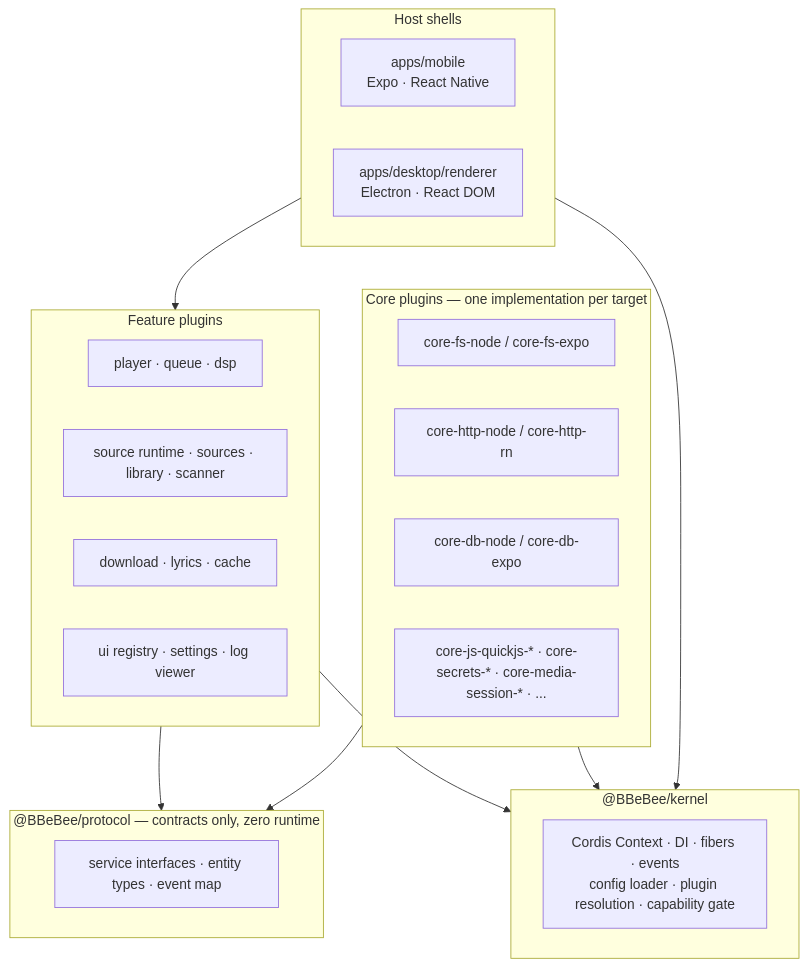
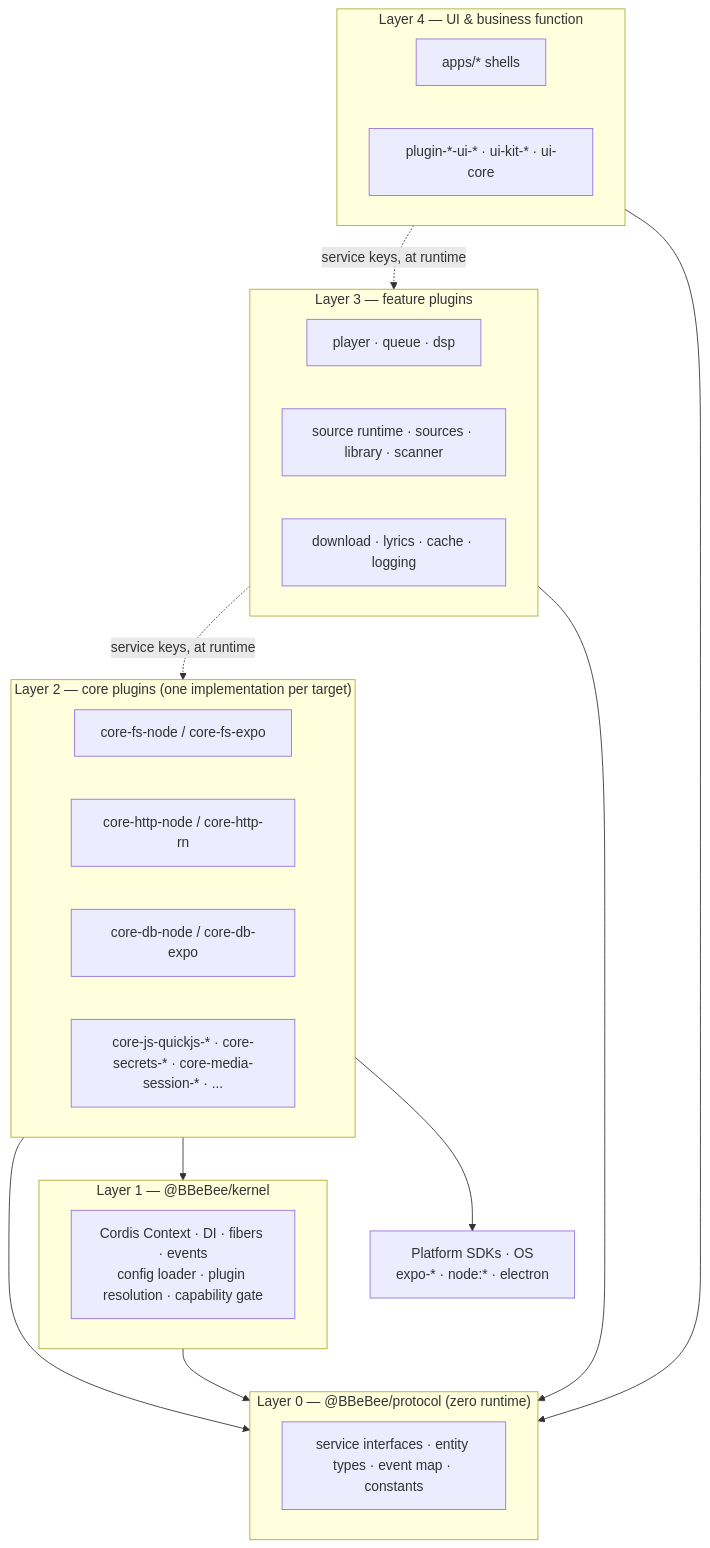
One commit to BBeBeeX/B_Be_Bee_X changed the first of 4 diagrams in docs/02-architecture.md. Above: the diagram before and after it, drawn with Mermaid. The commit also changed other lines of this file and 7 other files, not shown here.

First line of the commit message:
Refactor architecture documentation to clarify layer model and dependencies

````diff
--- a/docs/02-architecture.md
+++ b/docs/02-architecture.md
@@ -14,36 +97,34 @@
 ```mermaid
 flowchart TD
-    subgraph L5["Host shells"]
-        M["apps/mobile<br/>Expo · React Native"]
-        D["apps/desktop/renderer<br/>Electron · React DOM"]
+    subgraph L4["Layer 4 — UI & business function"]
+        S["apps/* shells"]
+        V["plugin-*-ui-* · ui-kit-* · ui-core"]
     end
-
-    subgraph L4["Feature plugins"]
+    subgraph L3["Layer 3 — feature plugins"]
         F1["player · queue · dsp"]
         F2["source runtime · sources · library · scanner"]
-        F3["download · lyrics · cache"]
-        F4["ui registry · settings · log viewer"]
+        F3["download · lyrics · cache · logging"]
     end
-
-    subgraph L3["@BBeBee/protocol — contracts only, zero runtime"]
-        P["service interfaces · entity types · event map"]
-    end
-
-    subgraph L2["Core plugins — one implementation per target"]
+    subgraph L2["Layer 2 — core plugins (one implementation per target)"]
         C1["core-fs-node / core-fs-expo"]
         C2["core-http-node / core-http-rn"]
         C3["core-db-node / core-db-expo"]
         C4["core-js-quickjs-* · core-secrets-* · core-media-session-* · ..."]
     end
-
-    subgraph L1["@BBeBee/kernel"]
+    subgraph L1["Layer 1 — @BBeBee/kernel"]
         K["Cordis Context · DI · fibers · events<br/>config loader · plugin resolution · capability gate"]
     end
+    subgraph L0["Layer 0 — @BBeBee/protocol (zero runtime)"]
+        P["service interfaces · entity types · event map · constants"]
+    end
+    SYS["Platform SDKs · OS<br/>expo-* · node:* · electron"]
 
-    L5 --> L4
-    L4 --> L3
-    L2 --> L3
-    L4 --> L1
+    L4 -.->|"service keys, at runtime"| L3
+    L3 -.->|"service keys, at runtime"| L2
+    L4 --> L0
+    L3 --> L0
+    L2 --> L0
+    L1 --> L0
     L2 --> L1
-    L5 --> L1
+    L2 --> SYS
 ```
````
